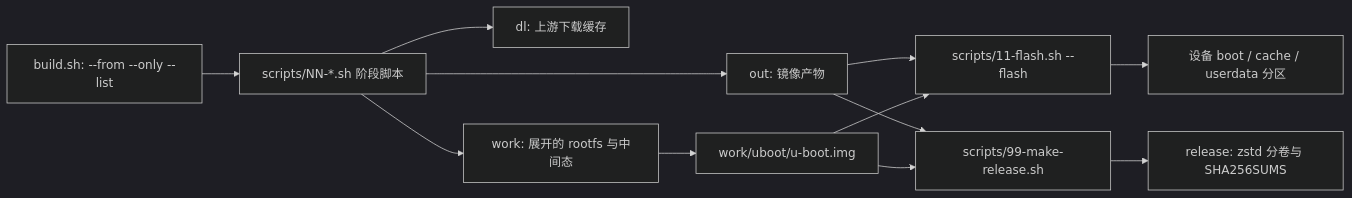
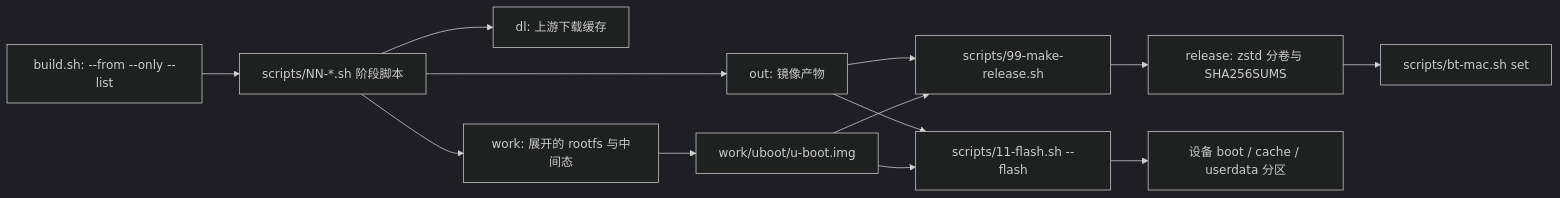
One commit to Winter21c/archlinux-xiaomi-raphael changed the first of 2 diagrams in openwiki/architecture/repository-layout-and-entrypoints.md. Above: the diagram before and after it, drawn with Mermaid (dark theme). The commit also changed other lines of this file and 4 other files, not shown here.

````diff
--- a/openwiki/architecture/repository-layout-and-entrypoints.md
+++ b/openwiki/architecture/repository-layout-and-entrypoints.md
@@ -39,14 +74,15 @@
 ```mermaid
 flowchart LR
   B["build.sh: --from --only --list"] --> S["scripts/NN-*.sh 阶段脚本"]
   S --> DL["dl: 上游下载缓存"]
   S --> W["work: 展开的 rootfs 与中间态"]
   S --> O["out: 镜像产物"]
   W --> UB["work/uboot/u-boot.img"]
   O --> FL["scripts/11-flash.sh --flash"]
   UB --> FL
   O --> REL["scripts/99-make-release.sh"]
   UB --> REL
   REL --> R["release: zstd 分卷与 SHA256SUMS"]
+  R --> BM["scripts/bt-mac.sh set"]
   FL --> DEV["设备 boot / cache / userdata 分区"]
 ```
````
